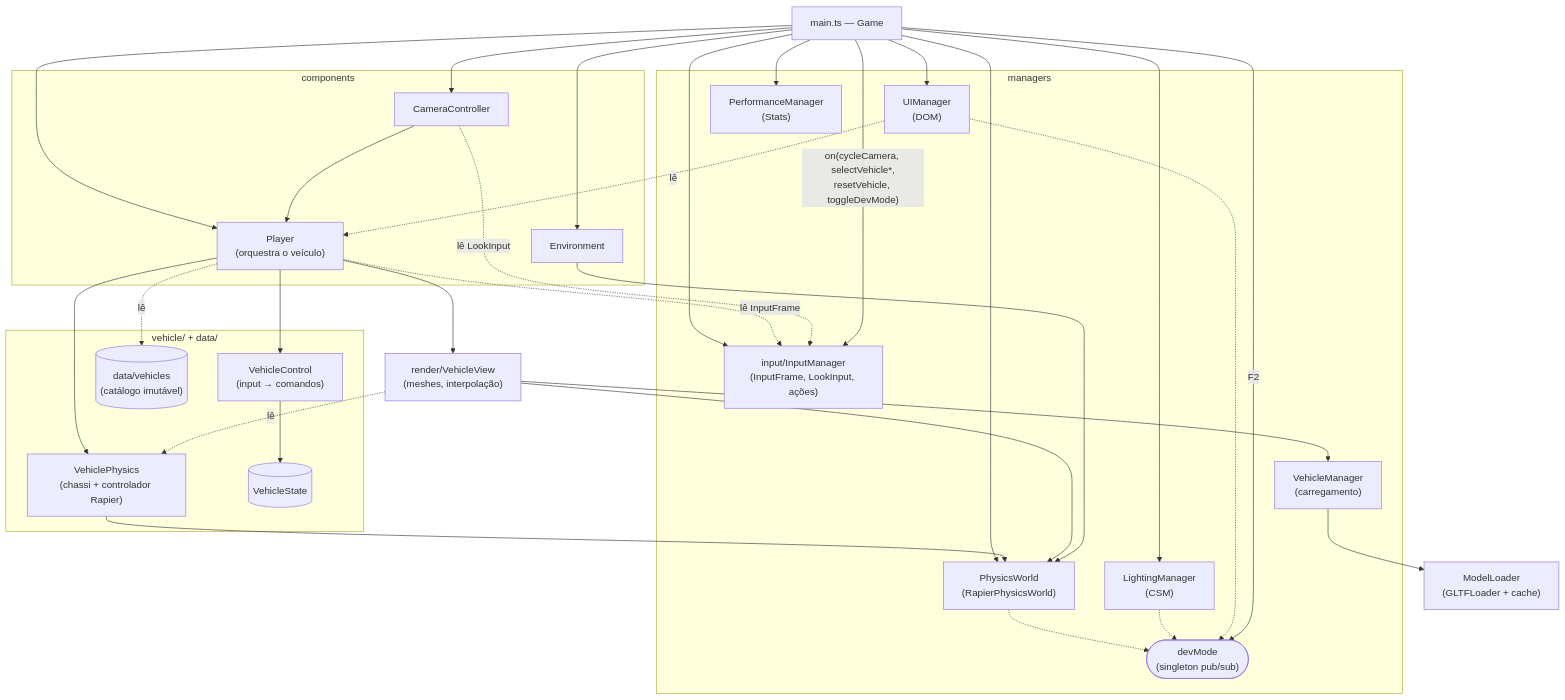
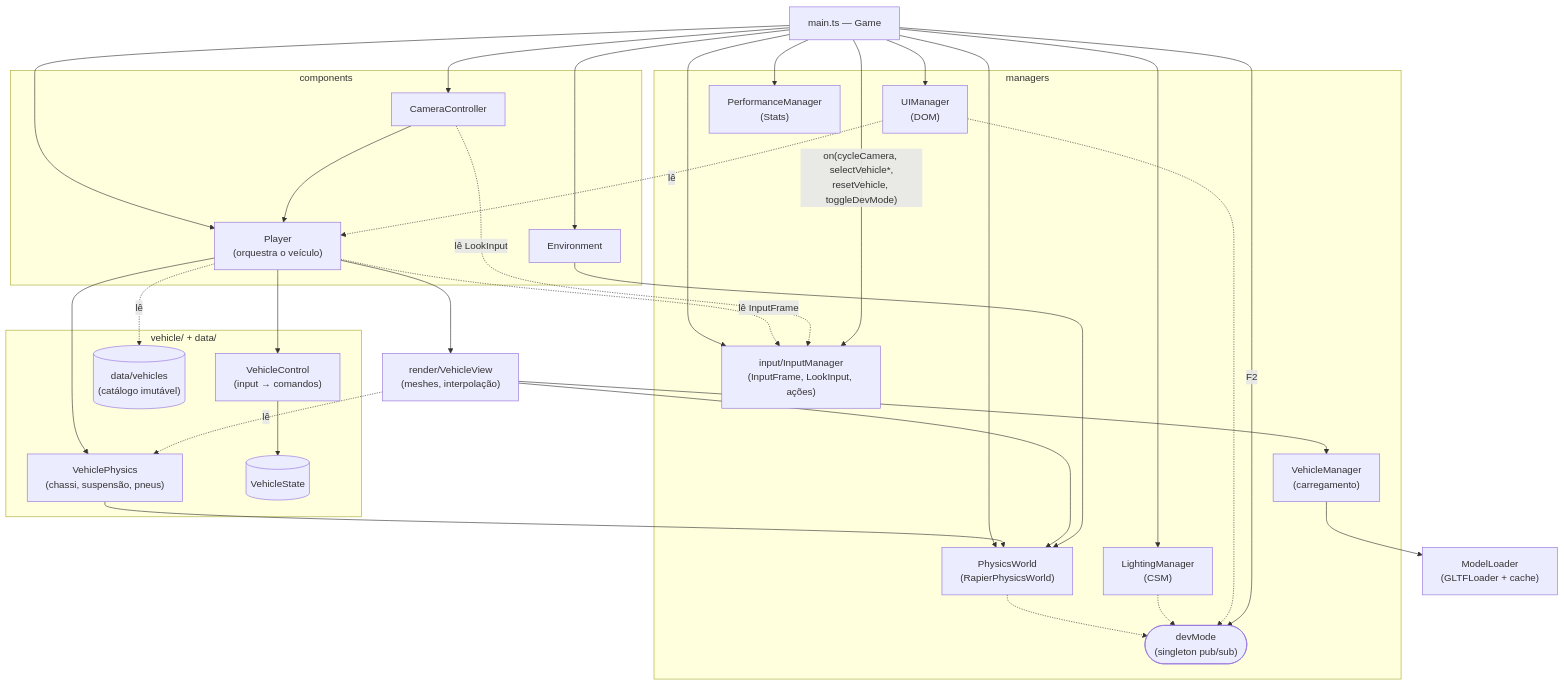
Before and after one commit to leo-pansonato/portfolio-three.js: the first of 2 diagrams in ARCHITECTURE.md, drawn with Mermaid. The commit also changed other lines of this file and 3 other files, not shown here.

Commit message:
docs: P2-1 etapa 3 (pneu e roda próprios, sem controlador Rapier) no ADR-0003, ROADMAP, ARCHITECTURE e HANDOFF

````diff
--- a/ARCHITECTURE.md
+++ b/ARCHITECTURE.md
@@ -21,44 +21,44 @@
 ```mermaid
 flowchart TD
     main["main.ts — Game"]
     subgraph managers
         PM["PhysicsWorld<br/>(RapierPhysicsWorld)"]
         IM["input/InputManager<br/>(InputFrame, LookInput, ações)"]
         LM["LightingManager<br/>(CSM)"]
         UI["UIManager<br/>(DOM)"]
         PerfM["PerformanceManager<br/>(Stats)"]
         VM["VehicleManager<br/>(carregamento)"]
         DM(["devMode<br/>(singleton pub/sub)"])
     end
     subgraph components
         P["Player<br/>(orquestra o veículo)"]
         CC["CameraController"]
         Env["Environment"]
     end
     subgraph vehicle ["vehicle/ + data/"]
         VC["VehicleControl<br/>(input → comandos)"]
-        VP["VehiclePhysics<br/>(chassi + controlador Rapier)"]
+        VP["VehiclePhysics<br/>(chassi, suspensão, pneus)"]
         VS[("VehicleState")]
         VD[("data/vehicles<br/>(catálogo imutável)")]
     end
     VV["render/VehicleView<br/>(meshes, interpolação)"]
     ML["ModelLoader<br/>(GLTFLoader + cache)"]
 
     main --> PM & IM & LM & UI & PerfM & Env & P & CC
     P -. lê InputFrame .-> IM
     P --> VC --> VS
     P --> VP --> PM
     P --> VV --> VM --> ML
     VV -. lê .-> VP
     VV --> PM
     P -. lê .-> VD
     CC --> P
     CC -. lê LookInput .-> IM
     Env --> PM
     UI -. lê .-> P
     main -- "on(cycleCamera, selectVehicle*,<br/>resetVehicle, toggleDevMode)" --> IM
     PM -.-> DM
     LM -.-> DM
     UI -.-> DM
     main -- F2 --> DM
 ```
````
